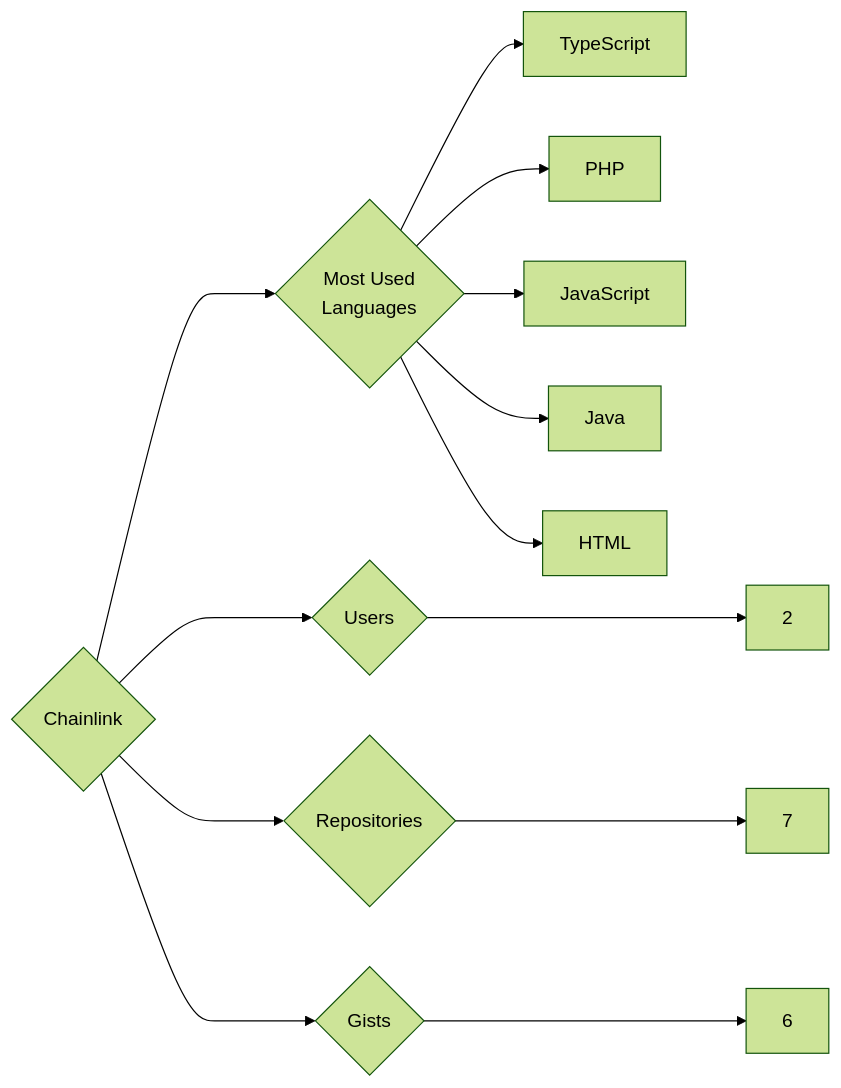
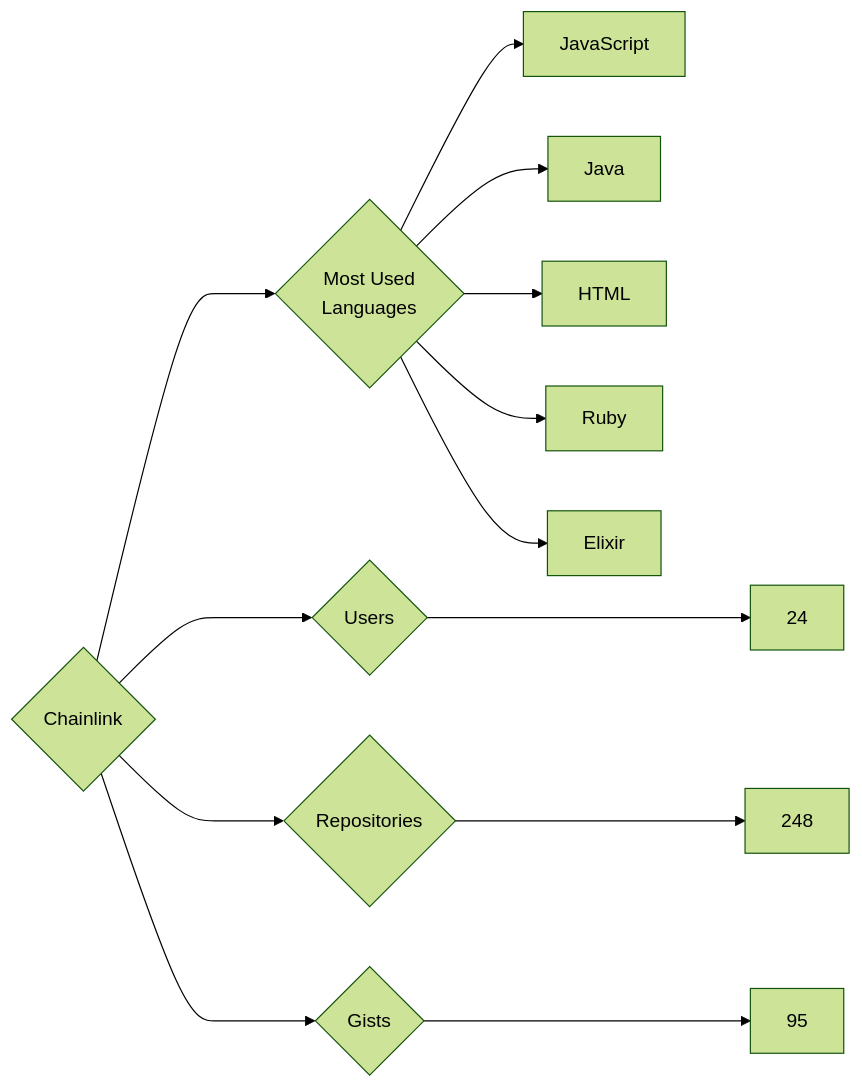
The diagram in targets/Chainlink/README.md (trickest/insiders), drawn with Mermaid (forest theme) before and after one commit. The commit also changed 899 other files, not shown here.

````diff
--- a/targets/Chainlink/README.md
+++ b/targets/Chainlink/README.md
@@ -3,13 +3,13 @@
 ```mermaid
 graph LR
 COMPANY_NAME{Chainlink}
-COMPANY_NAME ---> U{Users} ---> UN[2]
-COMPANY_NAME ---> R{Repositories} ---> RN[7]
-COMPANY_NAME ---> G{Gists} ---> GN[6]
+COMPANY_NAME ---> U{Users} ---> UN[24]
+COMPANY_NAME ---> R{Repositories} ---> RN[248]
+COMPANY_NAME ---> G{Gists} ---> GN[95]
 COMPANY_NAME ---> ML{Most Used<br>Languages}
-ML --> TypeScript[TypeScript]
-ML --> PHP[PHP]
 ML --> JavaScript[JavaScript]
 ML --> Java[Java]
 ML --> HTML[HTML]
+ML --> Ruby[Ruby]
+ML --> Elixir[Elixir]
 ```
````
